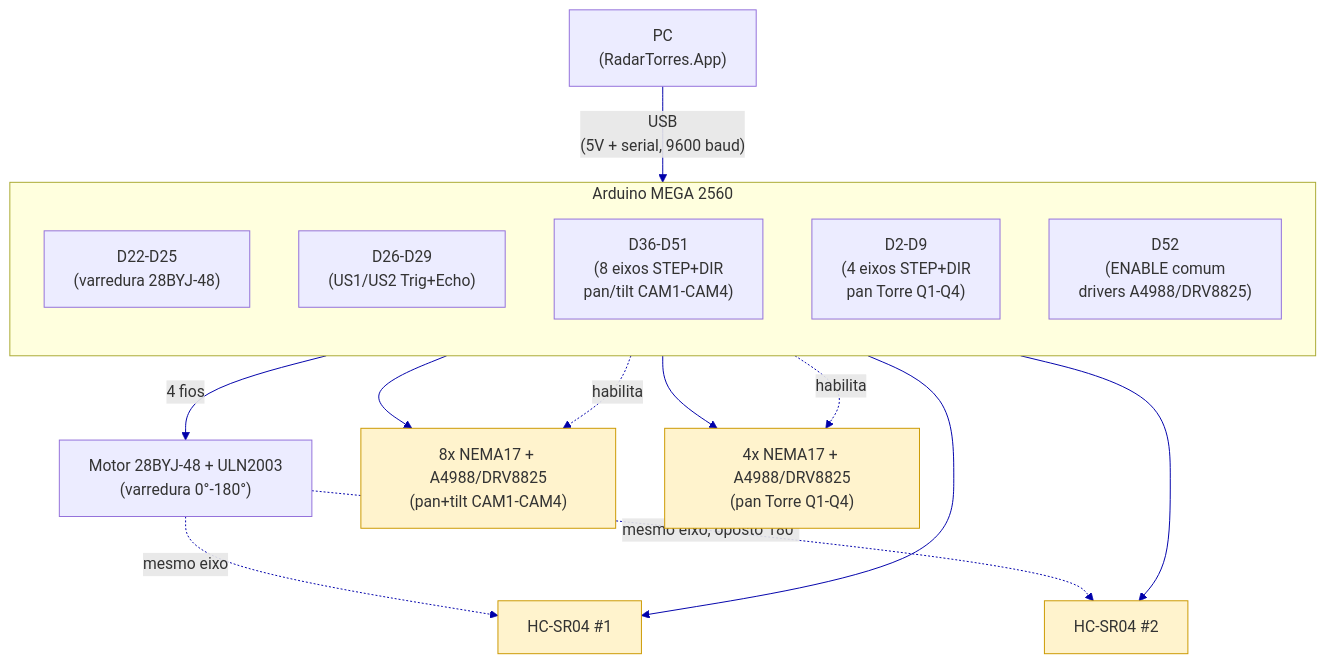
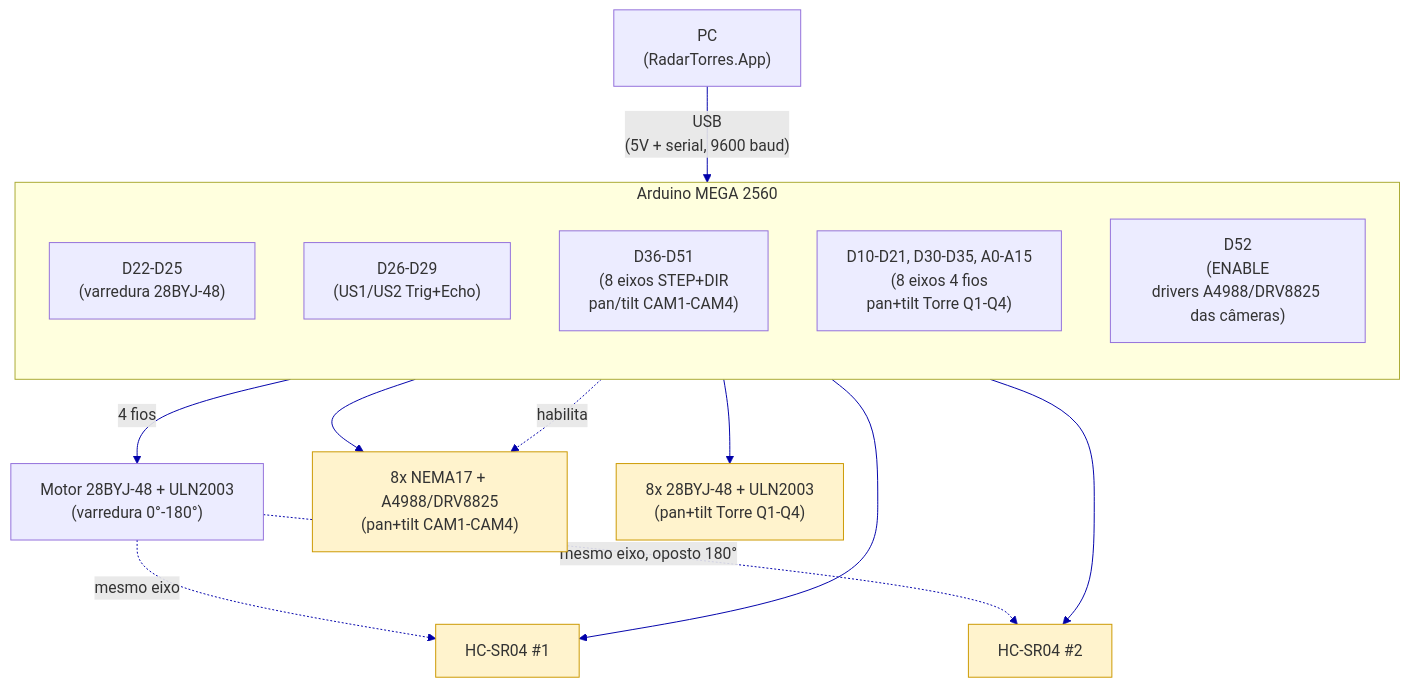
Before and after one commit to Matheus-Emanoel-Souza/Sistema_Rastreamento_Alvos_Arduino: the diagram in Projeto_Fisico/Eletronica/Diagrama_Eletrico.md, drawn with Mermaid. The commit also changed other lines of this file and 15 other files, not shown here.

````diff
--- a/Projeto_Fisico/Eletronica/Diagrama_Eletrico.md
+++ b/Projeto_Fisico/Eletronica/Diagrama_Eletrico.md
@@ -83,29 +104,28 @@
 ```mermaid
 flowchart TB
     PC["PC\n(RadarTorres.App)"] -- "USB\n(5V + serial, 9600 baud)" --> MEGA
 
     subgraph MEGA["Arduino MEGA 2560"]
         direction TB
         SWEEP_PINS["D22-D25\n(varredura 28BYJ-48)"]
         US_PINS["D26-D29\n(US1/US2 Trig+Echo)"]
         CAM_PINS["D36-D51\n(8 eixos STEP+DIR\npan/tilt CAM1-CAM4)"]
-        TORRE_PINS["D2-D9\n(4 eixos STEP+DIR\npan Torre Q1-Q4)"]
-        ENABLE_PIN["D52\n(ENABLE comum\ndrivers A4988/DRV8825)"]
+        TORRE_PINS["D10-D21, D30-D35, A0-A15\n(8 eixos 4 fios\npan+tilt Torre Q1-Q4)"]
+        ENABLE_PIN["D52\n(ENABLE\ndrivers A4988/DRV8825 das câmeras)"]
     end
 
     SWEEP_PINS -- "4 fios" --> SWEEP["Motor 28BYJ-48 + ULN2003\n(varredura 0°-180°)"]
     SWEEP -. "mesmo eixo" .-> US1["HC-SR04 #1"]
     SWEEP -. "mesmo eixo, oposto 180°" .-> US2["HC-SR04 #2"]
     US_PINS --> US1
     US_PINS --> US2
 
     CAM_PINS --> CAMS["8x NEMA17 + A4988/DRV8825\n(pan+tilt CAM1-CAM4)"]
-    TORRE_PINS --> TORRES["4x NEMA17 + A4988/DRV8825\n(pan Torre Q1-Q4)"]
+    TORRE_PINS --> TORRES["8x 28BYJ-48 + ULN2003\n(pan+tilt Torre Q1-Q4)"]
     ENABLE_PIN -. "habilita" .-> CAMS
-    ENABLE_PIN -. "habilita" .-> TORRES
 
     classDef todo fill:#fff3cd,stroke:#cc9900
     class CAMS,TORRES,US1,US2 todo
 
     linkStyle default stroke:#0000aa
 ```
````
